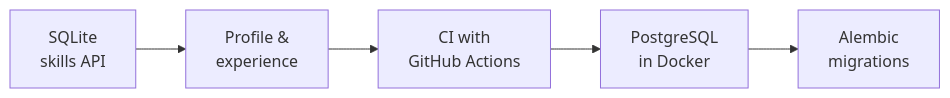
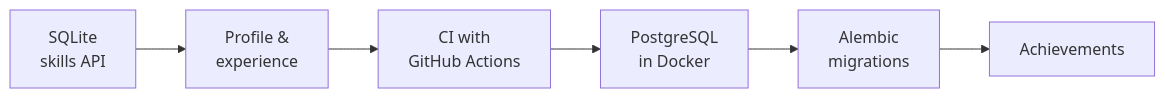
The second of 2 diagrams in README.md (GioStack/career-copilot), drawn with Mermaid before and after one commit. The commit also changed other lines of this file, not shown here.

````diff
--- a/README.md
+++ b/README.md
@@ -56,4 +57,4 @@
 ```mermaid
 flowchart LR
-    A["SQLite<br/>skills API"] --> B["Profile &<br/>experience"] --> C["CI with<br/>GitHub Actions"] --> D["PostgreSQL<br/>in Docker"] --> E["Alembic<br/>migrations"]
+    A["SQLite<br/>skills API"] --> B["Profile &<br/>experience"] --> C["CI with<br/>GitHub Actions"] --> D["PostgreSQL<br/>in Docker"] --> E["Alembic<br/>migrations"] --> F["Achievements"]
 ```
````
